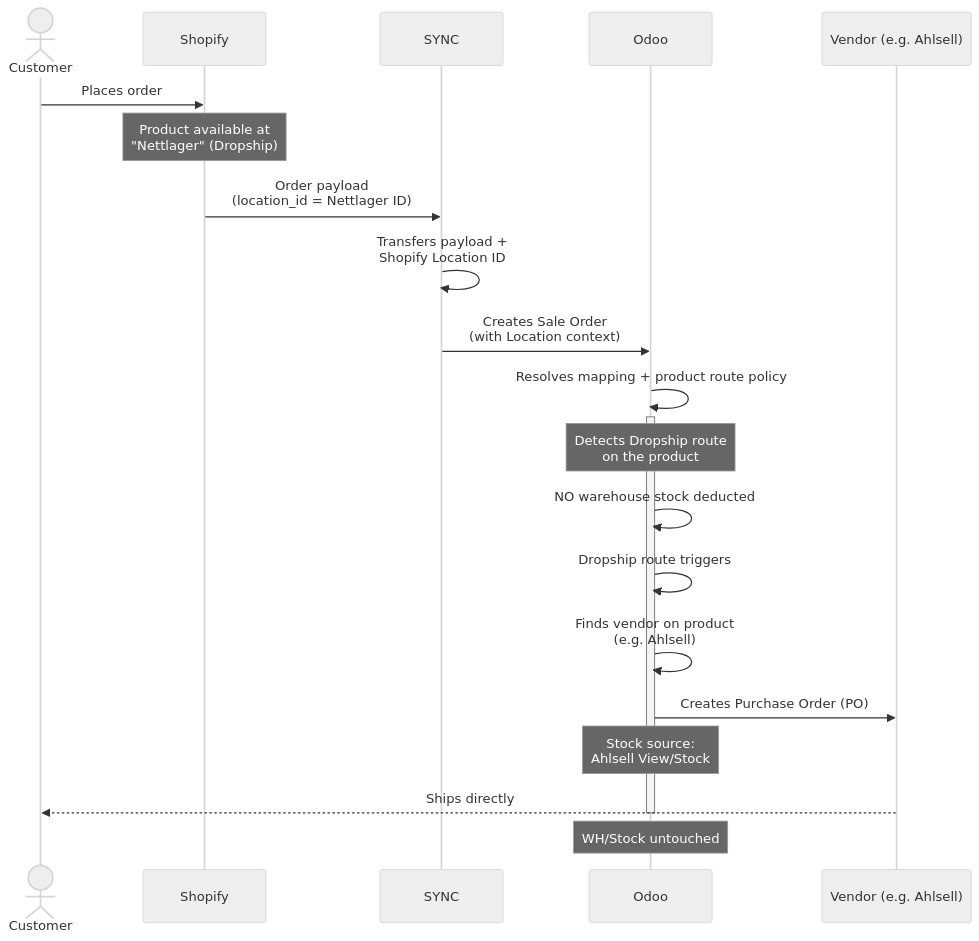
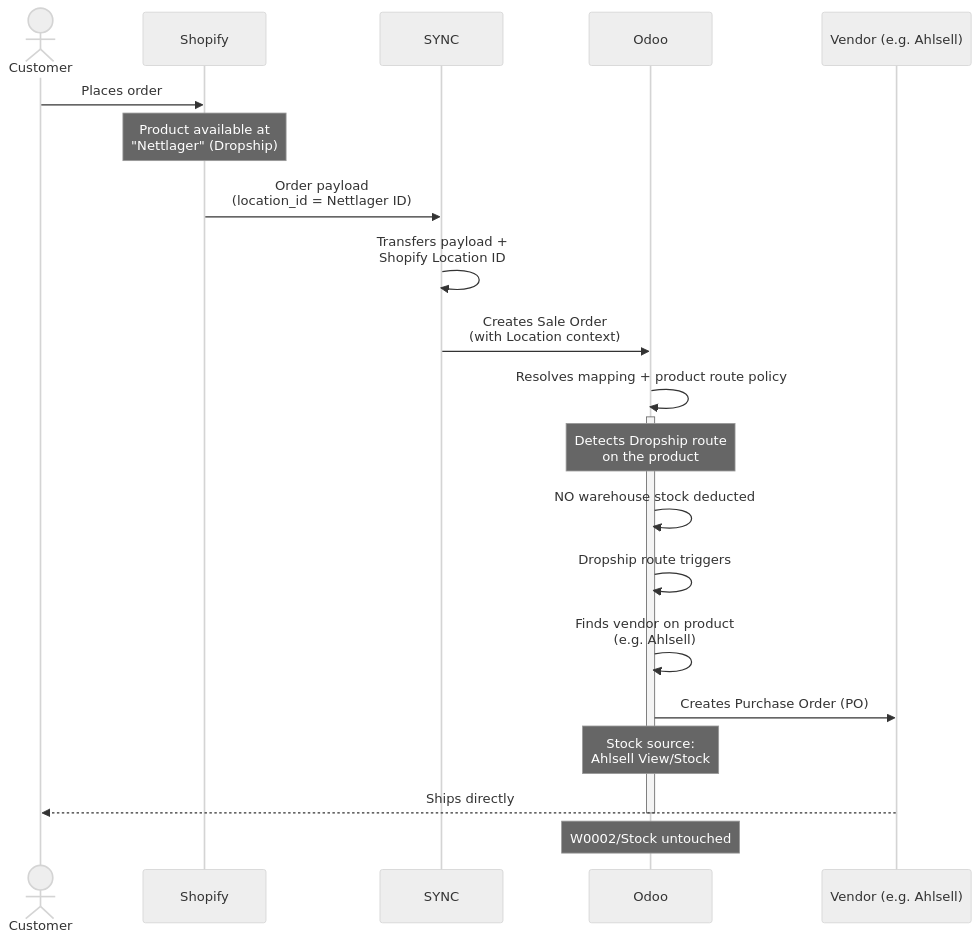
The sixth of 16 diagrams in shopify-sync-odoo-scenarios.md (ozan-droid/documents), drawn with Mermaid (neutral theme) before and after one commit. The commit also changed other lines of this file, not shown here.

````diff
--- a/shopify-sync-odoo-scenarios.md
+++ b/shopify-sync-odoo-scenarios.md
@@ -279,30 +279,30 @@
 ```mermaid
 sequenceDiagram
     actor Customer
     participant Shopify
     participant SYNC
     participant Odoo
     participant Vendor as Vendor (e.g. Ahlsell)
 
     Customer->>Shopify: Places order
     Note over Shopify: Product available at<br/>"Nettlager" (Dropship)
 
     Shopify->>SYNC: Order payload<br/>(location_id = Nettlager ID)
     SYNC->>SYNC: Transfers payload +<br/>Shopify Location ID
     SYNC->>Odoo: Creates Sale Order<br/>(with Location context)
     Odoo->>Odoo: Resolves mapping + product route policy
 
     activate Odoo
     Note over Odoo: Detects Dropship route<br/>on the product
 
     Odoo->>Odoo: NO warehouse stock deducted
     Odoo->>Odoo: Dropship route triggers
     Odoo->>Odoo: Finds vendor on product<br/>(e.g. Ahlsell)
     Odoo->>Vendor: Creates Purchase Order (PO)
     Note over Odoo: Stock source:<br/>Ahlsell View/Stock
 
     Vendor-->>Customer: Ships directly
     deactivate Odoo
 
-    Note over Odoo: WH/Stock untouched
+    Note over Odoo: W0002/Stock untouched
 ```
````
